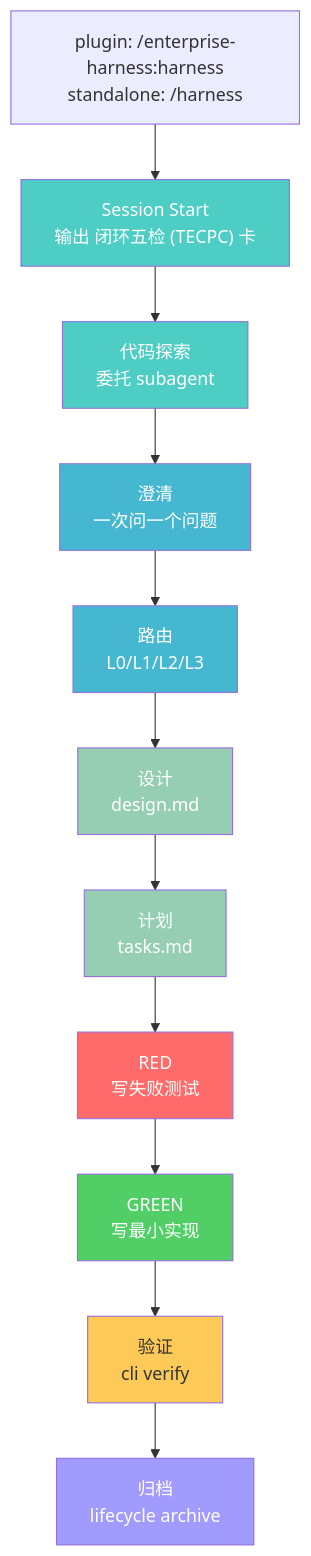
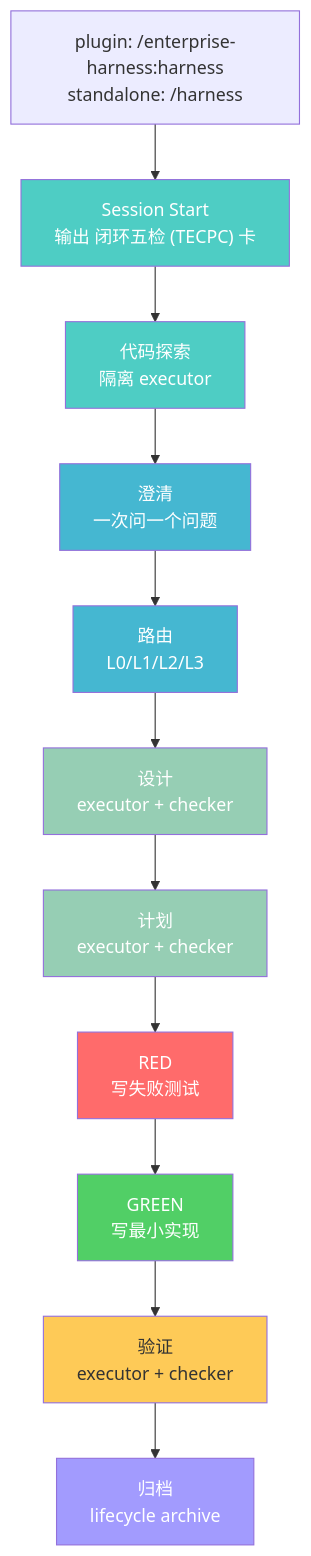
Before and after one commit to Emtemf/enterprise-harness: the diagram in README.md, drawn with Mermaid. The commit also changed other lines of this file and 77 other files, not shown here.

````diff
--- a/README.md
+++ b/README.md
@@ -23,24 +35,24 @@
 ```mermaid
 graph TD
     U["plugin: /enterprise-harness:harness<br/>standalone: /harness"] --> S["Session Start<br/>输出 闭环五检 (TECPC) 卡"]
-    S --> E["代码探索<br/>委托 subagent"]
+    S --> E["代码探索<br/>隔离 executor"]
     E --> C["澄清<br/>一次问一个问题"]
     C --> R["路由<br/>L0/L1/L2/L3"]
-    R --> D["设计<br/>design.md"]
-    D --> T["计划<br/>tasks.md"]
+    R --> D["设计<br/>executor + checker"]
+    D --> T["计划<br/>executor + checker"]
     T --> RED["RED<br/>写失败测试"]
     RED --> GREEN["GREEN<br/>写最小实现"]
-    GREEN --> V["验证<br/>cli verify"]
+    GREEN --> V["验证<br/>executor + checker"]
     V --> A["归档<br/>lifecycle archive"]
 
     style S fill:#4ecdc4,color:#fff
     style E fill:#4ecdc4,color:#fff
     style C fill:#45b7d1,color:#fff
     style R fill:#45b7d1,color:#fff
     style D fill:#96ceb4,color:#fff
     style T fill:#96ceb4,color:#fff
     style RED fill:#ff6b6b,color:#fff
     style GREEN fill:#51cf66,color:#fff
     style V fill:#feca57,color:#333
     style A fill:#a29bfe,color:#fff
 ```
````
